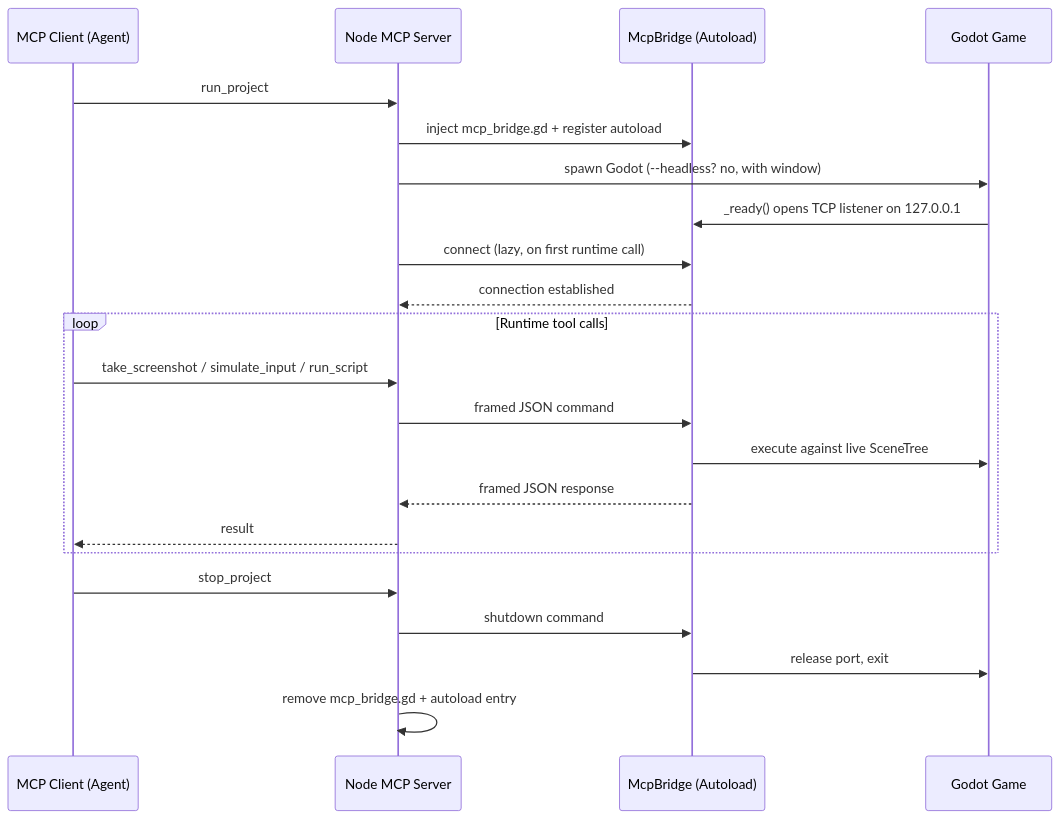
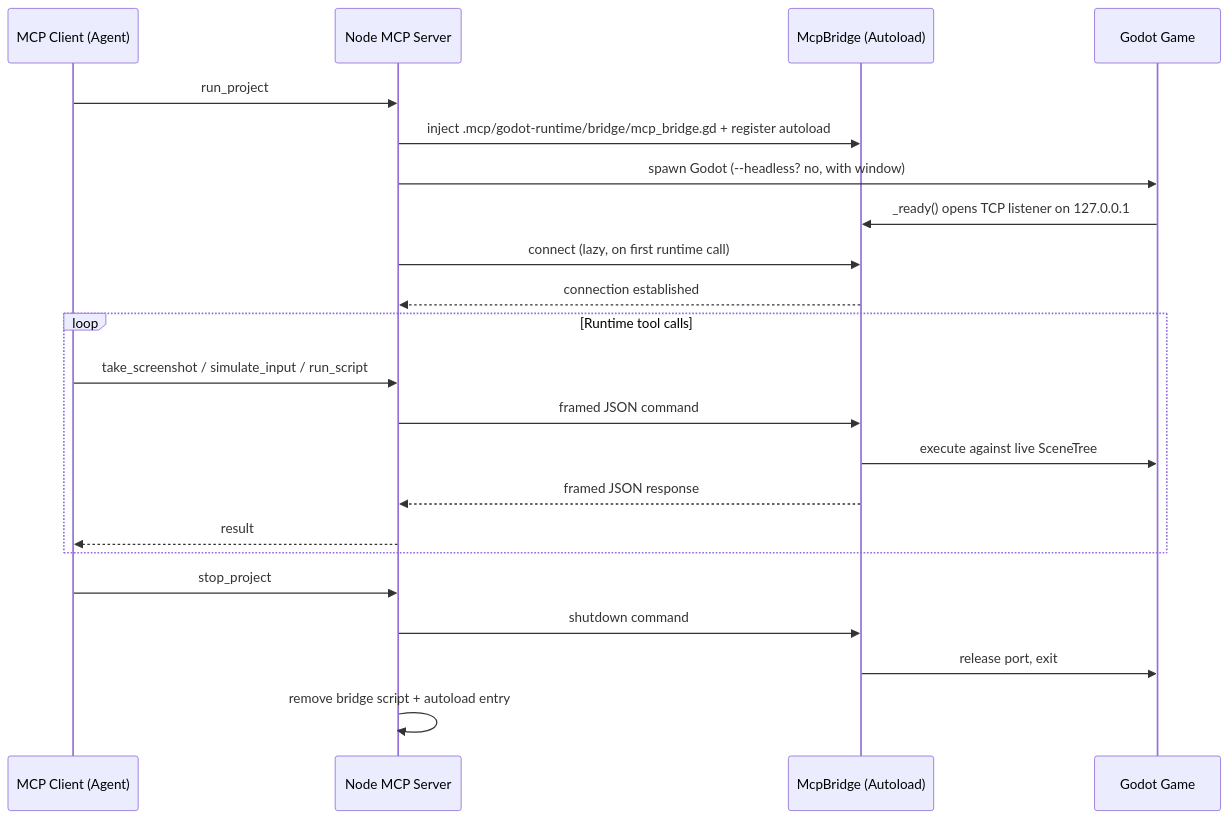
Before and after one commit to Erodenn/godot-mcp-runtime: the diagram in docs/architecture.md, drawn with Mermaid. The commit also changed other lines of this file and 4 other files, not shown here.

````diff
--- a/docs/architecture.md
+++ b/docs/architecture.md
@@ -45,27 +45,27 @@
 ```mermaid
 sequenceDiagram
     participant Agent as MCP Client (Agent)
     participant Node as Node MCP Server
     participant Bridge as McpBridge (Autoload)
     participant Game as Godot Game
 
     Agent->>Node: run_project
-    Node->>Bridge: inject mcp_bridge.gd + register autoload
+    Node->>Bridge: inject .mcp/godot-runtime/bridge/mcp_bridge.gd + register autoload
     Node->>Game: spawn Godot (--headless? no, with window)
     Game->>Bridge: _ready() opens TCP listener on 127.0.0.1
     Node->>Bridge: connect (lazy, on first runtime call)
     Bridge-->>Node: connection established
 
     loop Runtime tool calls
         Agent->>Node: take_screenshot / simulate_input / run_script
         Node->>Bridge: framed JSON command
         Bridge->>Game: execute against live SceneTree
         Bridge-->>Node: framed JSON response
         Node-->>Agent: result
     end
 
     Agent->>Node: stop_project
     Node->>Bridge: shutdown command
     Bridge->>Game: release port, exit
-    Node->>Node: remove mcp_bridge.gd + autoload entry
+    Node->>Node: remove bridge script + autoload entry
 ```
````
